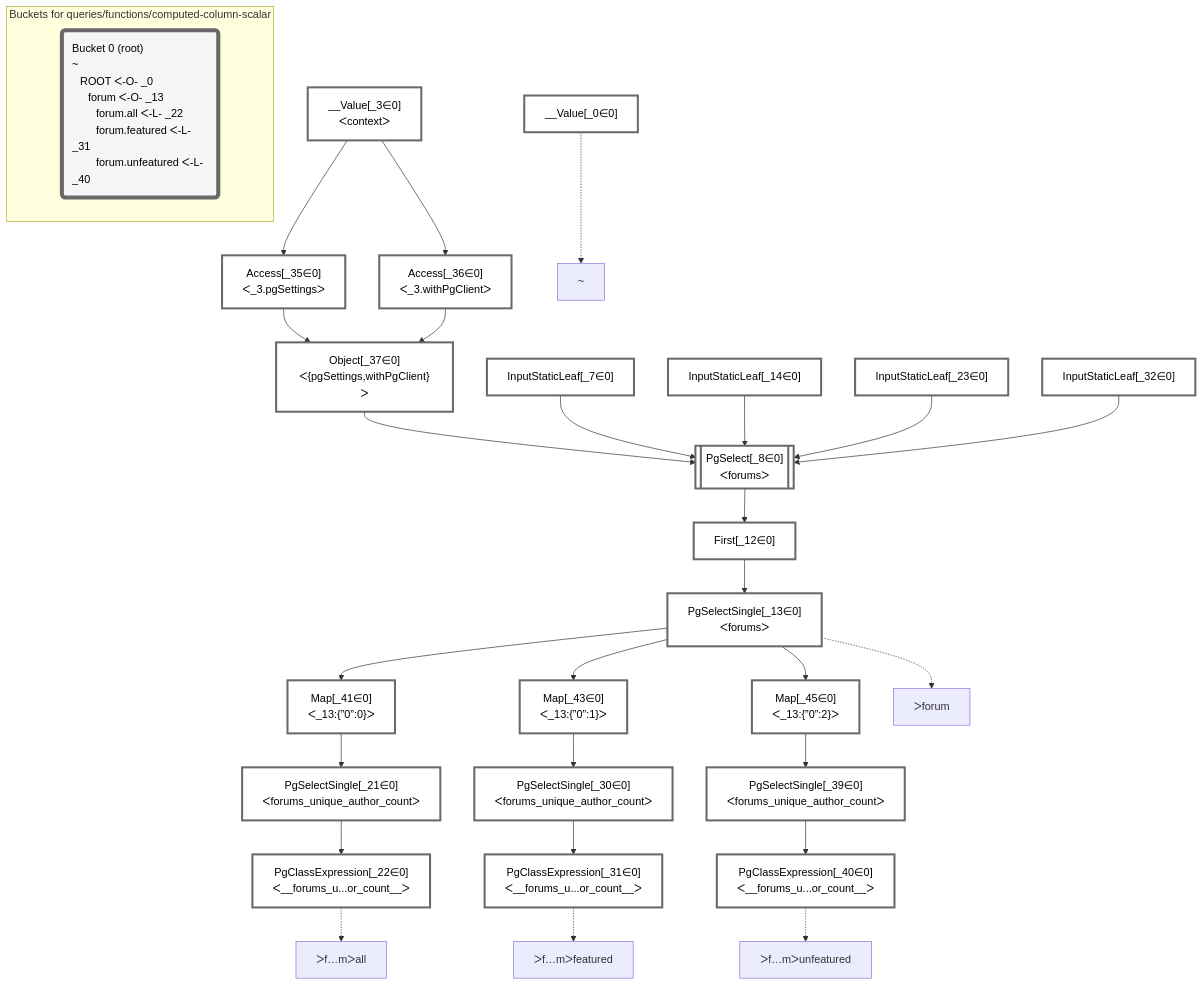
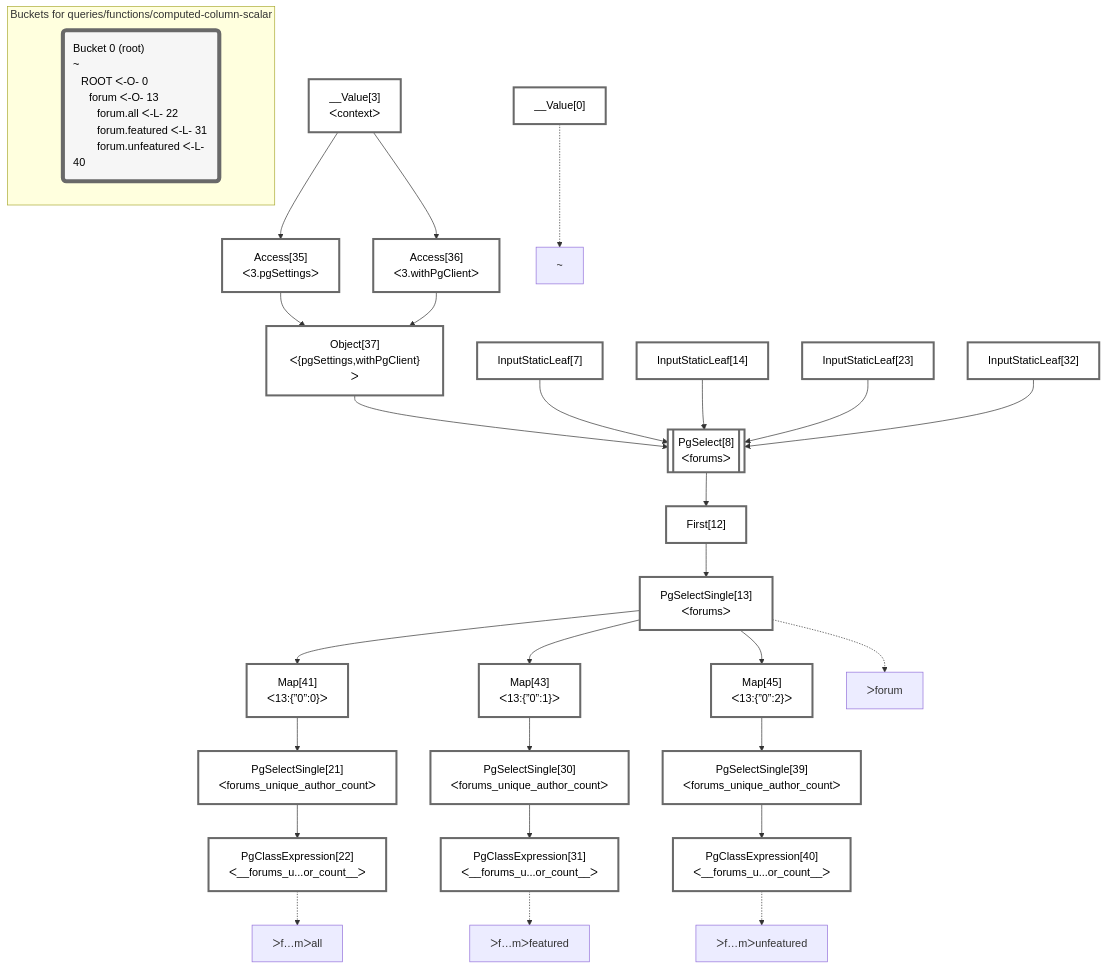
The diagram in packages/dataplan-pg/__tests__/queries/functions/computed-column-scalar.deopt.mermaid.md (graphile/crystal), drawn with Mermaid before and after one commit. The commit also changed 195 other files, not shown here.

````diff
--- a/packages/dataplan-pg/__tests__/queries/functions/computed-column-scalar.deopt.mermaid.md
+++ b/packages/dataplan-pg/__tests__/queries/functions/computed-column-scalar.deopt.mermaid.md
@@ -1,67 +1,67 @@
 ```mermaid
 graph TD
     classDef path fill:#eee,stroke:#000,color:#000
     classDef plan fill:#fff,stroke-width:3px,color:#000
     classDef itemplan fill:#fff,stroke-width:6px,color:#000
     classDef sideeffectplan fill:#f00,stroke-width:6px,color:#000
     classDef bucket fill:#f6f6f6,color:#000,stroke-width:6px,text-align:left
 
 
     %% define plans
-    __Value_0["__Value[_0∈0]"]:::plan
-    PgClassExpression_22["PgClassExpression[_22∈0]<br />ᐸ__forums_u...or_count__ᐳ"]:::plan
-    PgSelectSingle_21["PgSelectSingle[_21∈0]<br />ᐸforums_unique_author_countᐳ"]:::plan
-    Map_41["Map[_41∈0]<br />ᐸ_13:{”0”:0}ᐳ"]:::plan
-    PgClassExpression_31["PgClassExpression[_31∈0]<br />ᐸ__forums_u...or_count__ᐳ"]:::plan
-    PgSelectSingle_30["PgSelectSingle[_30∈0]<br />ᐸforums_unique_author_countᐳ"]:::plan
-    Map_43["Map[_43∈0]<br />ᐸ_13:{”0”:1}ᐳ"]:::plan
-    PgClassExpression_40["PgClassExpression[_40∈0]<br />ᐸ__forums_u...or_count__ᐳ"]:::plan
-    PgSelectSingle_39["PgSelectSingle[_39∈0]<br />ᐸforums_unique_author_countᐳ"]:::plan
-    Map_45["Map[_45∈0]<br />ᐸ_13:{”0”:2}ᐳ"]:::plan
-    PgSelectSingle_13["PgSelectSingle[_13∈0]<br />ᐸforumsᐳ"]:::plan
-    First_12["First[_12∈0]"]:::plan
-    PgSelect_8[["PgSelect[_8∈0]<br />ᐸforumsᐳ"]]:::plan
-    Object_37["Object[_37∈0]<br />ᐸ{pgSettings,withPgClient}ᐳ"]:::plan
-    Access_35["Access[_35∈0]<br />ᐸ_3.pgSettingsᐳ"]:::plan
-    Access_36["Access[_36∈0]<br />ᐸ_3.withPgClientᐳ"]:::plan
-    __Value_3["__Value[_3∈0]<br />ᐸcontextᐳ"]:::plan
-    InputStaticLeaf_7["InputStaticLeaf[_7∈0]"]:::plan
-    InputStaticLeaf_14["InputStaticLeaf[_14∈0]"]:::plan
-    InputStaticLeaf_23["InputStaticLeaf[_23∈0]"]:::plan
-    InputStaticLeaf_32["InputStaticLeaf[_32∈0]"]:::plan
+    __Value0["__Value[0]"]:::plan
+    PgClassExpression22["PgClassExpression[22]<br />ᐸ__forums_u...or_count__ᐳ"]:::plan
+    PgSelectSingle21["PgSelectSingle[21]<br />ᐸforums_unique_author_countᐳ"]:::plan
+    Map41["Map[41]<br />ᐸ13:{”0”:0}ᐳ"]:::plan
+    PgClassExpression31["PgClassExpression[31]<br />ᐸ__forums_u...or_count__ᐳ"]:::plan
+    PgSelectSingle30["PgSelectSingle[30]<br />ᐸforums_unique_author_countᐳ"]:::plan
+    Map43["Map[43]<br />ᐸ13:{”0”:1}ᐳ"]:::plan
+    PgClassExpression40["PgClassExpression[40]<br />ᐸ__forums_u...or_count__ᐳ"]:::plan
+    PgSelectSingle39["PgSelectSingle[39]<br />ᐸforums_unique_author_countᐳ"]:::plan
+    Map45["Map[45]<br />ᐸ13:{”0”:2}ᐳ"]:::plan
+    PgSelectSingle13["PgSelectSingle[13]<br />ᐸforumsᐳ"]:::plan
+    First12["First[12]"]:::plan
+    PgSelect8[["PgSelect[8]<br />ᐸforumsᐳ"]]:::plan
+    Object37["Object[37]<br />ᐸ{pgSettings,withPgClient}ᐳ"]:::plan
+    Access35["Access[35]<br />ᐸ3.pgSettingsᐳ"]:::plan
+    Access36["Access[36]<br />ᐸ3.withPgClientᐳ"]:::plan
+    __Value3["__Value[3]<br />ᐸcontextᐳ"]:::plan
+    InputStaticLeaf7["InputStaticLeaf[7]"]:::plan
+    InputStaticLeaf14["InputStaticLeaf[14]"]:::plan
+    InputStaticLeaf23["InputStaticLeaf[23]"]:::plan
+    InputStaticLeaf32["InputStaticLeaf[32]"]:::plan
 
     %% plan dependencies
-    PgSelectSingle_21 --> PgClassExpression_22
-    Map_41 --> PgSelectSingle_21
-    PgSelectSingle_13 --> Map_41
-    PgSelectSingle_30 --> PgClassExpression_31
-    Map_43 --> PgSelectSingle_30
-    PgSelectSingle_13 --> Map_43
-    PgSelectSingle_39 --> PgClassExpression_40
-    Map_45 --> PgSelectSingle_39
-    PgSelectSingle_13 --> Map_45
-    First_12 --> PgSelectSingle_13
-    PgSelect_8 --> First_12
-    Object_37 & InputStaticLeaf_7 & InputStaticLeaf_14 & InputStaticLeaf_23 & InputStaticLeaf_32 --> PgSelect_8
-    Access_35 & Access_36 --> Object_37
-    __Value_3 --> Access_35
-    __Value_3 --> Access_36
+    PgSelectSingle21 --> PgClassExpression22
+    Map41 --> PgSelectSingle21
+    PgSelectSingle13 --> Map41
+    PgSelectSingle30 --> PgClassExpression31
+    Map43 --> PgSelectSingle30
+    PgSelectSingle13 --> Map43
+    PgSelectSingle39 --> PgClassExpression40
+    Map45 --> PgSelectSingle39
+    PgSelectSingle13 --> Map45
+    First12 --> PgSelectSingle13
+    PgSelect8 --> First12
+    Object37 & InputStaticLeaf7 & InputStaticLeaf14 & InputStaticLeaf23 & InputStaticLeaf32 --> PgSelect8
+    Access35 & Access36 --> Object37
+    __Value3 --> Access35
+    __Value3 --> Access36
 
     %% plan-to-path relationships
-    P_0["~"]
-    __Value_0 -.-> P_0
-    P_13["ᐳforum"]
-    PgSelectSingle_13 -.-> P_13
-    P_22["ᐳf…mᐳall"]
-    PgClassExpression_22 -.-> P_22
-    P_31["ᐳf…mᐳfeatured"]
-    PgClassExpression_31 -.-> P_31
-    P_40["ᐳf…mᐳunfeatured"]
-    PgClassExpression_40 -.-> P_40
+    P0["~"]
+    __Value0 -.-> P0
+    P13["ᐳforum"]
+    PgSelectSingle13 -.-> P13
+    P22["ᐳf…mᐳall"]
+    PgClassExpression22 -.-> P22
+    P31["ᐳf…mᐳfeatured"]
+    PgClassExpression31 -.-> P31
+    P40["ᐳf…mᐳunfeatured"]
+    PgClassExpression40 -.-> P40
 
     subgraph "Buckets for queries/functions/computed-column-scalar"
-    Bucket0("Bucket 0 (root)<br />~<br />⠀ROOT ᐸ-O- _0<br />⠀⠀forum ᐸ-O- _13<br />⠀⠀⠀forum.all ᐸ-L- _22<br />⠀⠀⠀forum.featured ᐸ-L- _31<br />⠀⠀⠀forum.unfeatured ᐸ-L- _40"):::bucket
+    Bucket0("Bucket 0 (root)<br />~<br />⠀ROOT ᐸ-O- 0<br />⠀⠀forum ᐸ-O- 13<br />⠀⠀⠀forum.all ᐸ-L- 22<br />⠀⠀⠀forum.featured ᐸ-L- 31<br />⠀⠀⠀forum.unfeatured ᐸ-L- 40"):::bucket
     classDef bucket0 stroke:#696969
-    class Bucket0,__Value_0,__Value_3,InputStaticLeaf_7,PgSelect_8,First_12,PgSelectSingle_13,InputStaticLeaf_14,PgSelectSingle_21,PgClassExpression_22,InputStaticLeaf_23,PgSelectSingle_30,PgClassExpression_31,InputStaticLeaf_32,Access_35,Access_36,Object_37,PgSelectSingle_39,PgClassExpression_40,Map_41,Map_43,Map_45 bucket0
+    class Bucket0,__Value0,__Value3,InputStaticLeaf7,PgSelect8,First12,PgSelectSingle13,InputStaticLeaf14,PgSelectSingle21,PgClassExpression22,InputStaticLeaf23,PgSelectSingle30,PgClassExpression31,InputStaticLeaf32,Access35,Access36,Object37,PgSelectSingle39,PgClassExpression40,Map41,Map43,Map45 bucket0
     end
 ```
````
